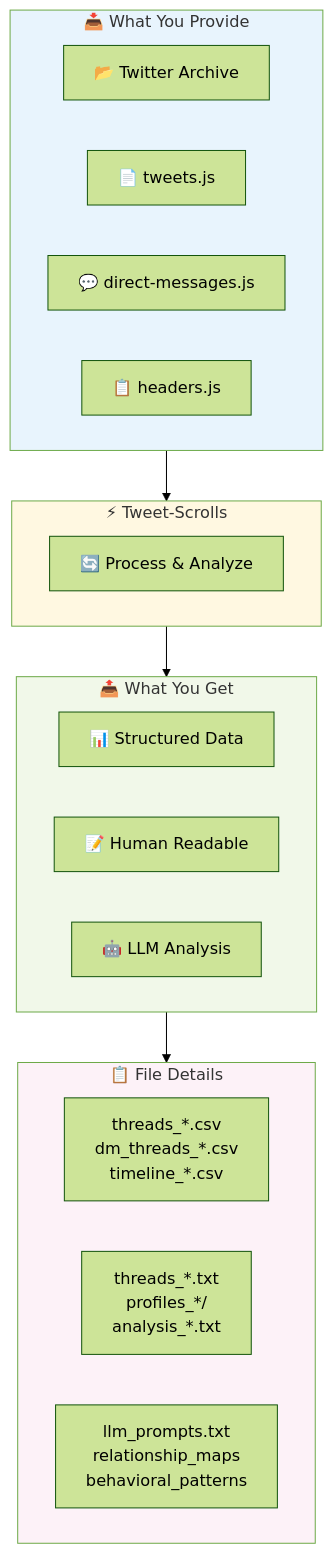
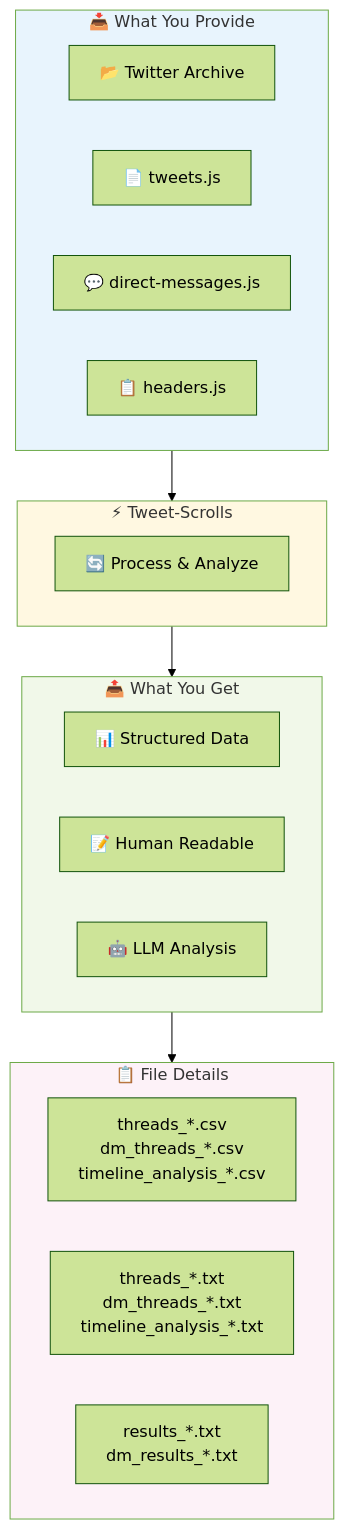
One commit to that-in-rust/tweet-scrolls changed the first of 5 diagrams in ReadMe.md. Above: the diagram before and after it, drawn with Mermaid (forest theme). The commit also changed other lines of this file and 3 other files, not shown here.

````diff
--- a/ReadMe.md
+++ b/ReadMe.md
@@ -8,36 +8,36 @@
 ```mermaid
 flowchart TD
     subgraph input ["📥 What You Provide"]
         A[📂 Twitter Archive]
         A1[📄 tweets.js]
         A2[💬 direct-messages.js]
         A3[📋 headers.js]
     end
     
     input --> process
     
     subgraph process ["⚡ Tweet-Scrolls"]
         P[🔄 Process & Analyze]
     end
     
     process --> output
     
     subgraph output ["📤 What You Get"]
         B[📊 Structured Data]
         B1[📝 Human Readable] 
         B2[🤖 LLM Analysis]
     end
     
     output --> details
     
     subgraph details ["📋 File Details"]
-        B3[threads_*.csv<br/>dm_threads_*.csv<br/>timeline_*.csv]
-        B4[threads_*.txt<br/>profiles_*/<br/>analysis_*.txt]
-        B5[llm_prompts.txt<br/>relationship_maps<br/>behavioral_patterns]
+        B3[threads_*.csv<br/>dm_threads_*.csv<br/>timeline_analysis_*.csv]
+        B4[threads_*.txt<br/>dm_threads_*.txt<br/>timeline_analysis_*.txt]
+        B5[results_*.txt<br/>dm_results_*.txt]
     end
     
     style input fill:#e8f4fd
     style process fill:#fff8e1
     style output fill:#f1f8e9
     style details fill:#fdf2f8
 ```
````
